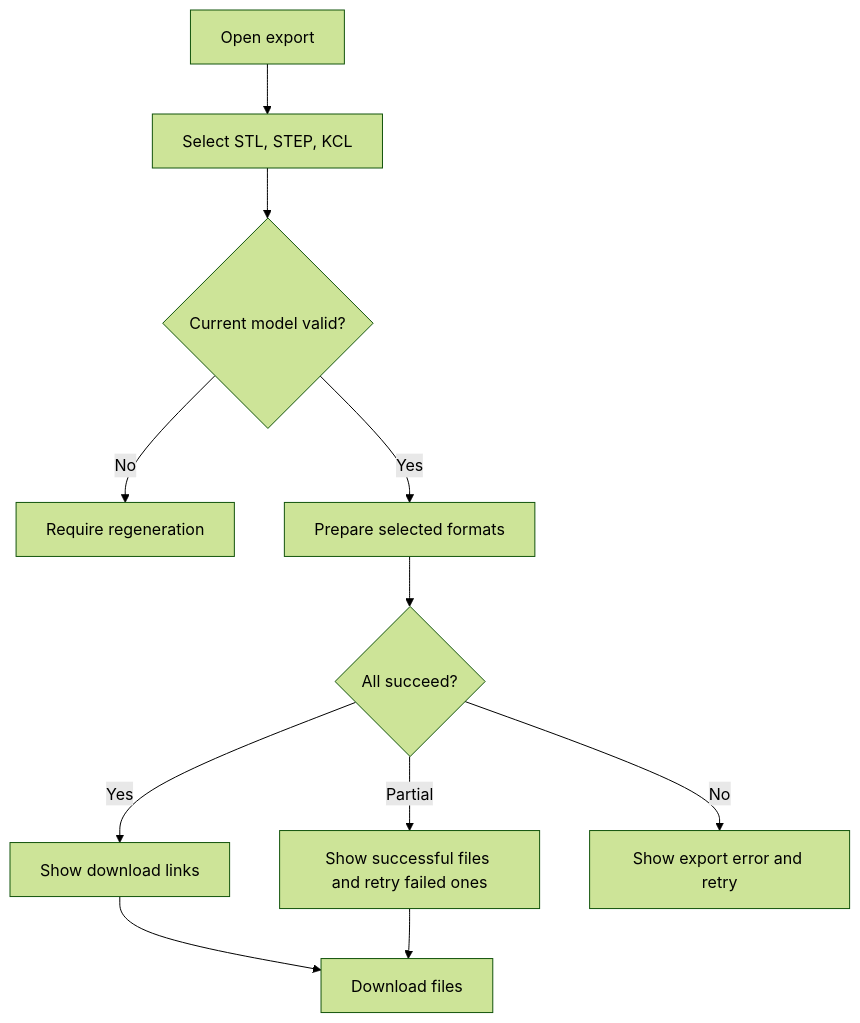
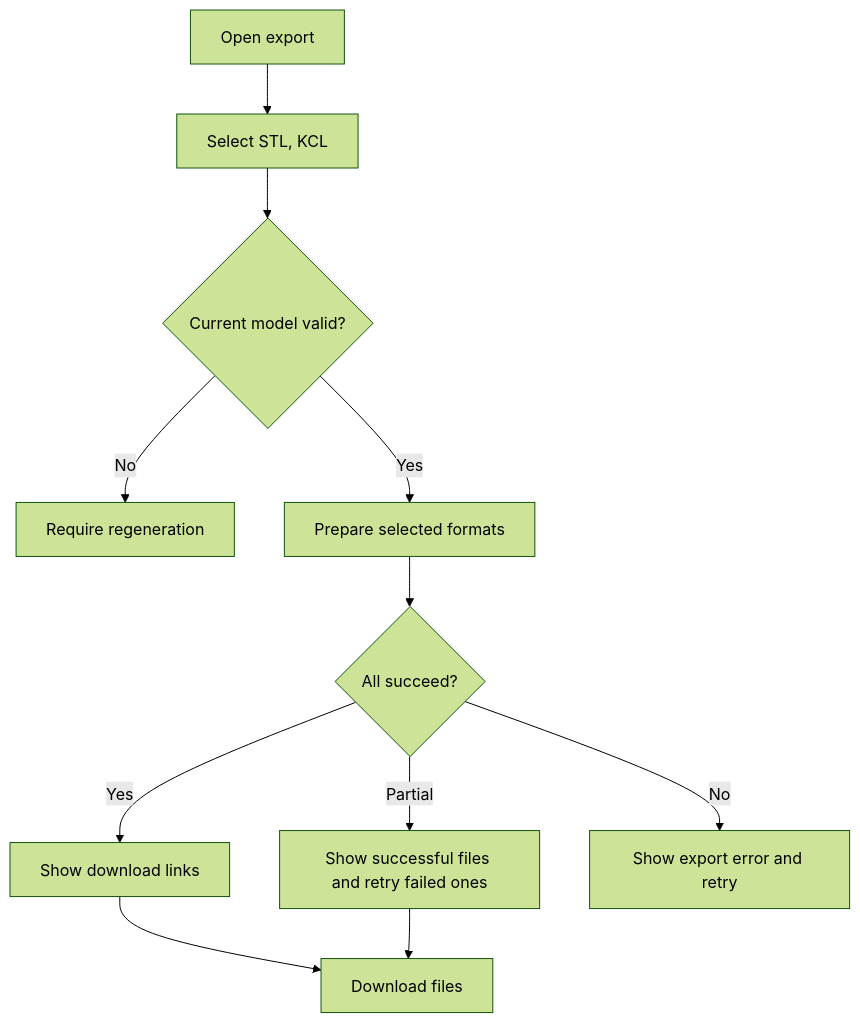
The ninth of 12 diagrams in user_flow.md (joravarsinghing/InterfaceForge), drawn with Mermaid (forest theme) before and after one commit. The commit also changed other lines of this file and 11 other files, not shown here.

````diff
--- a/user_flow.md
+++ b/user_flow.md
@@ -922,13 +922,13 @@
 ```mermaid
 flowchart TD
-    A[Open export] --> B[Select STL, STEP, KCL]
+    A[Open export] --> B[Select STL, KCL]
     B --> C{Current model valid?}
     C -->|No| D[Require regeneration]
     C -->|Yes| E[Prepare selected formats]
     E --> F{All succeed?}
     F -->|Yes| G[Show download links]
     F -->|Partial| H[Show successful files and retry failed ones]
     F -->|No| I[Show export error and retry]
     G --> J[Download files]
     H --> J
 ```
````
